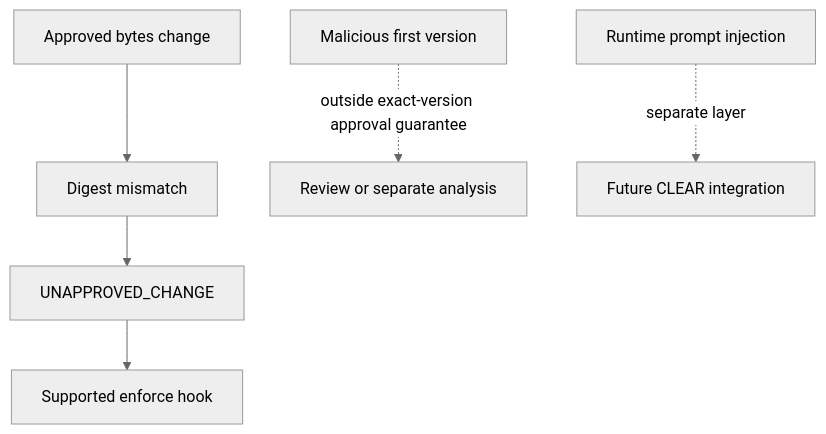
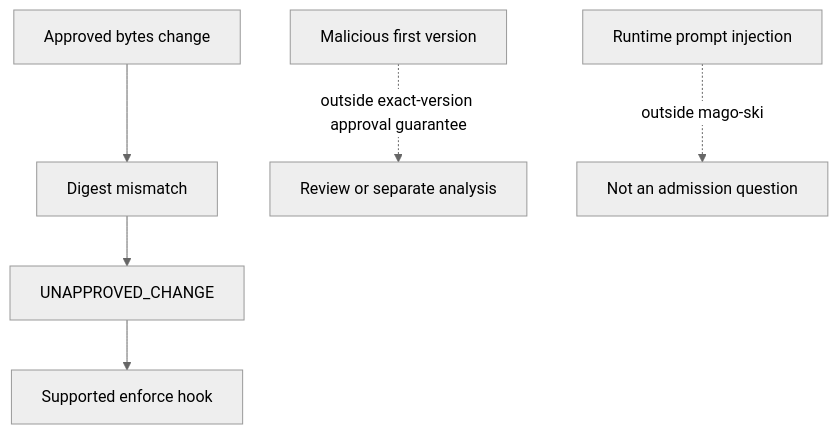
Before and after one commit to mago-foundation/mago-ski: diagram 12 of 31 in docs/mago-ski-ontology.md, drawn with Mermaid (neutral theme). The commit also changed other lines of this file and 6 other files, not shown here.

First line of the commit message:
docs: scope mago-ski to admission and propose a Skill admission policy

````diff
--- a/docs/mago-ski-ontology.md
+++ b/docs/mago-ski-ontology.md
@@ -1510,8 +1514,8 @@
 ```mermaid
 flowchart TD
     T["Approved bytes change"] --> D["Digest mismatch"]
     D --> V["UNAPPROVED_CHANGE"]
     V --> H["Supported enforce hook"]
     M["Malicious first version"] -. "outside exact-version approval guarantee" .-> O["Review or separate analysis"]
-    P["Runtime prompt injection"] -. "separate layer" .-> C["Future CLEAR integration"]
+    P["Runtime prompt injection"] -. "outside mago-ski" .-> C["Not an admission question"]
 ```
````
